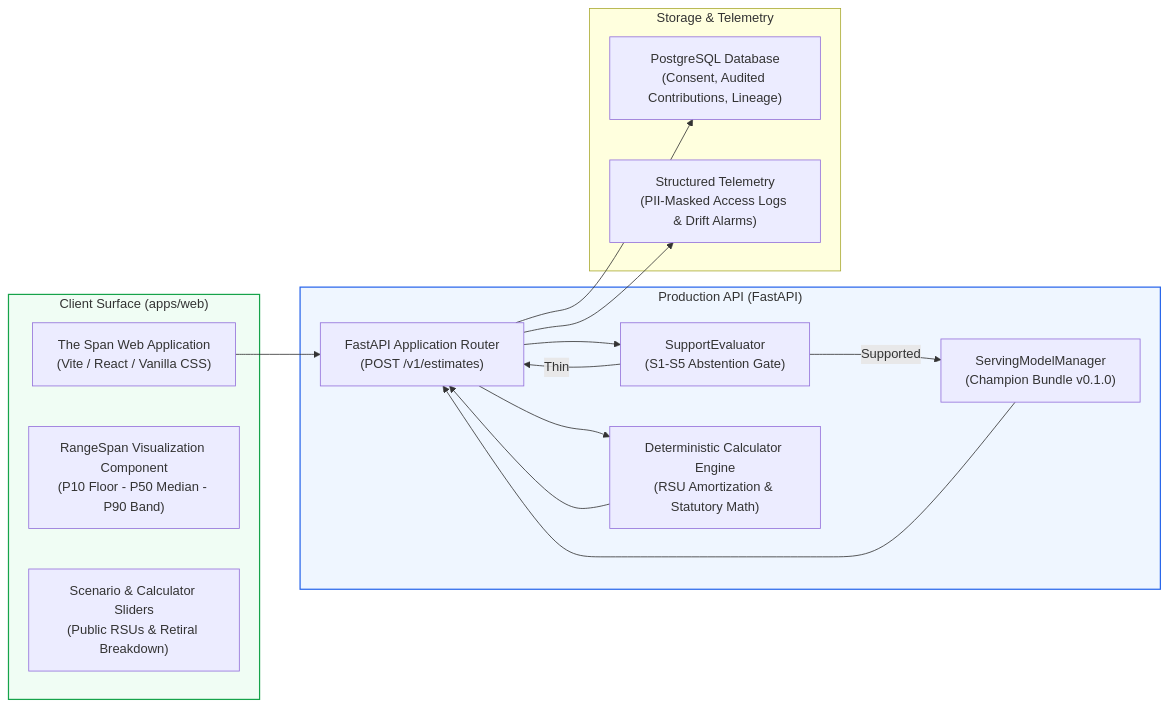
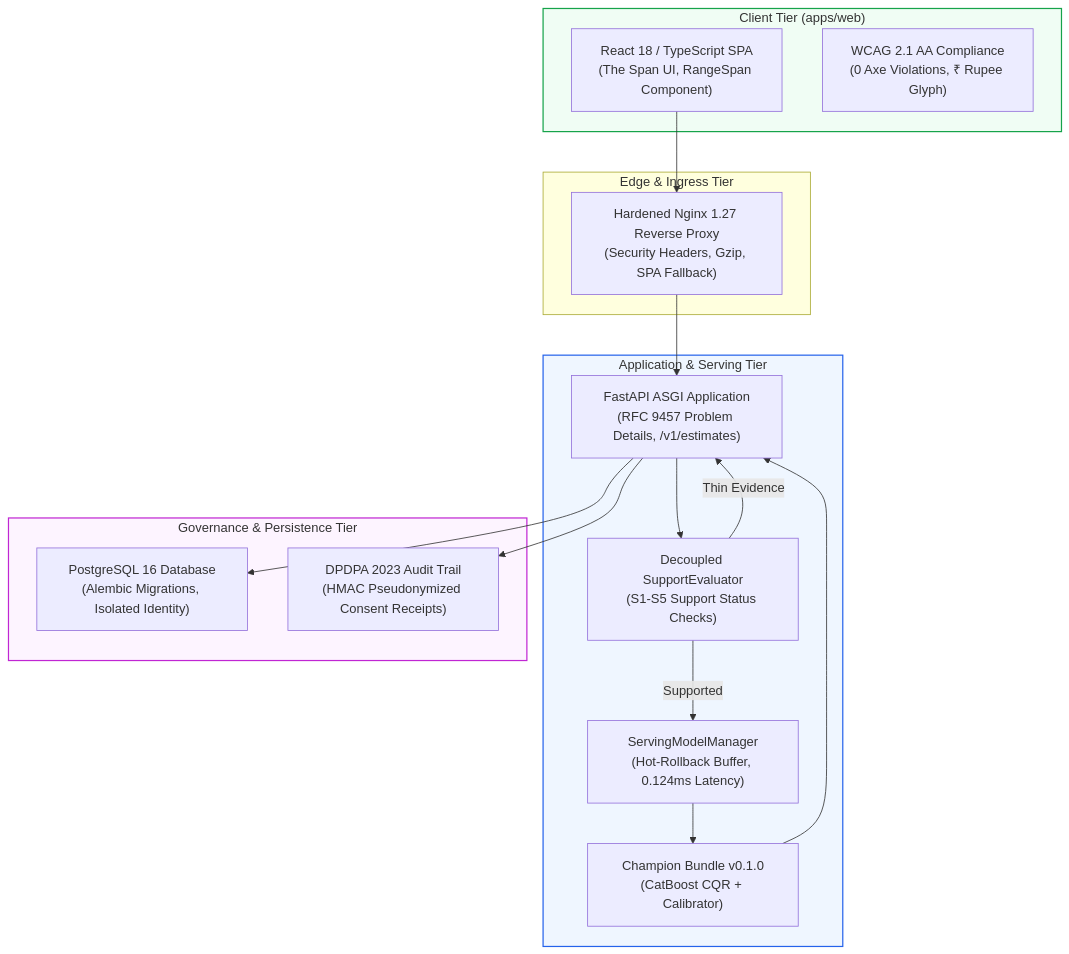
Diagram 11 of 12 in README.md (HarshkumarG007/ArthaIQ), drawn with Mermaid before and after one commit. The commit also changed other lines of this file, not shown here.

````diff
--- a/README.md
+++ b/README.md
@@ -541,30 +555,33 @@
 ```mermaid
-flowchart LR
-    subgraph CLIENT ["Client Surface (apps/web)"]
-        UI["The Span Web Application<br/>(Vite / React / Vanilla CSS)"]
-        RANGESPAN["RangeSpan Visualization Component<br/>(P10 Floor - P50 Median - P90 Band)"]
-        SCENARIO["Scenario & Calculator Sliders<br/>(Public RSUs & Retiral Breakdown)"]
+flowchart TD
+    subgraph CLIENT ["Client Tier (apps/web)"]
+        SPA["React 18 / TypeScript SPA<br/>(The Span UI, RangeSpan Component)"]
+        ACC["WCAG 2.1 AA Compliance<br/>(0 Axe Violations, ₹ Rupee Glyph)"]
     end
 
-    subgraph SERVER ["Production API (FastAPI)"]
-        ROUTER["FastAPI Application Router<br/>(POST /v1/estimates)"]
-        LOADER["ServingModelManager<br/>(Champion Bundle v0.1.0)"]
-        SUPPORT["SupportEvaluator<br/>(S1-S5 Abstention Gate)"]
-        CALC["Deterministic Calculator Engine<br/>(RSU Amortization & Statutory Math)"]
+    subgraph PROXY ["Edge & Ingress Tier"]
+        NGINX["Hardened Nginx 1.27 Reverse Proxy<br/>(Security Headers, Gzip, SPA Fallback)"]
     end
 
-    subgraph STORAGE ["Storage & Telemetry"]
-        PG["PostgreSQL Database<br/>(Consent, Audited Contributions, Lineage)"]
-        LOGS["Structured Telemetry<br/>(PII-Masked Access Logs & Drift Alarms)"]
+    subgraph API_TIER ["Application & Serving Tier"]
+        FASTAPI["FastAPI ASGI Application<br/>(RFC 9457 Problem Details, /v1/estimates)"]
+        MANAGER["ServingModelManager<br/>(Hot-Rollback Buffer, 0.124ms Latency)"]
+        SUPPORT["Decoupled SupportEvaluator<br/>(S1-S5 Support Status Checks)"]
+        CHAMPION["Champion Bundle v0.1.0<br/>(CatBoost CQR + Calibrator)"]
     end
 
-    UI --> ROUTER
-    ROUTER --> SUPPORT
-    SUPPORT -- "Supported" --> LOADER --> ROUTER
-    SUPPORT -- "Thin" --> ROUTER
-    ROUTER --> CALC --> ROUTER
-    ROUTER --> PG & LOGS
+    subgraph GOV_TIER ["Governance & Persistence Tier"]
+        DB["PostgreSQL 16 Database<br/>(Alembic Migrations, Isolated Identity)"]
+        AUDIT["DPDPA 2023 Audit Trail<br/>(HMAC Pseudonymized Consent Receipts)"]
+    end
 
-    style SERVER fill:#eff6ff,stroke:#2563eb,stroke-width:1.5px
+    SPA --> NGINX --> FASTAPI
+    FASTAPI --> SUPPORT
+    SUPPORT -- "Supported" --> MANAGER --> CHAMPION --> FASTAPI
+    SUPPORT -- "Thin Evidence" --> FASTAPI
+    FASTAPI --> DB & AUDIT
+
+    style API_TIER fill:#eff6ff,stroke:#2563eb,stroke-width:1.5px
     style CLIENT fill:#f0fdf4,stroke:#16a34a,stroke-width:1.5px
+    style GOV_TIER fill:#fdf4ff,stroke:#c026d3,stroke-width:1.5px
 ```
````
